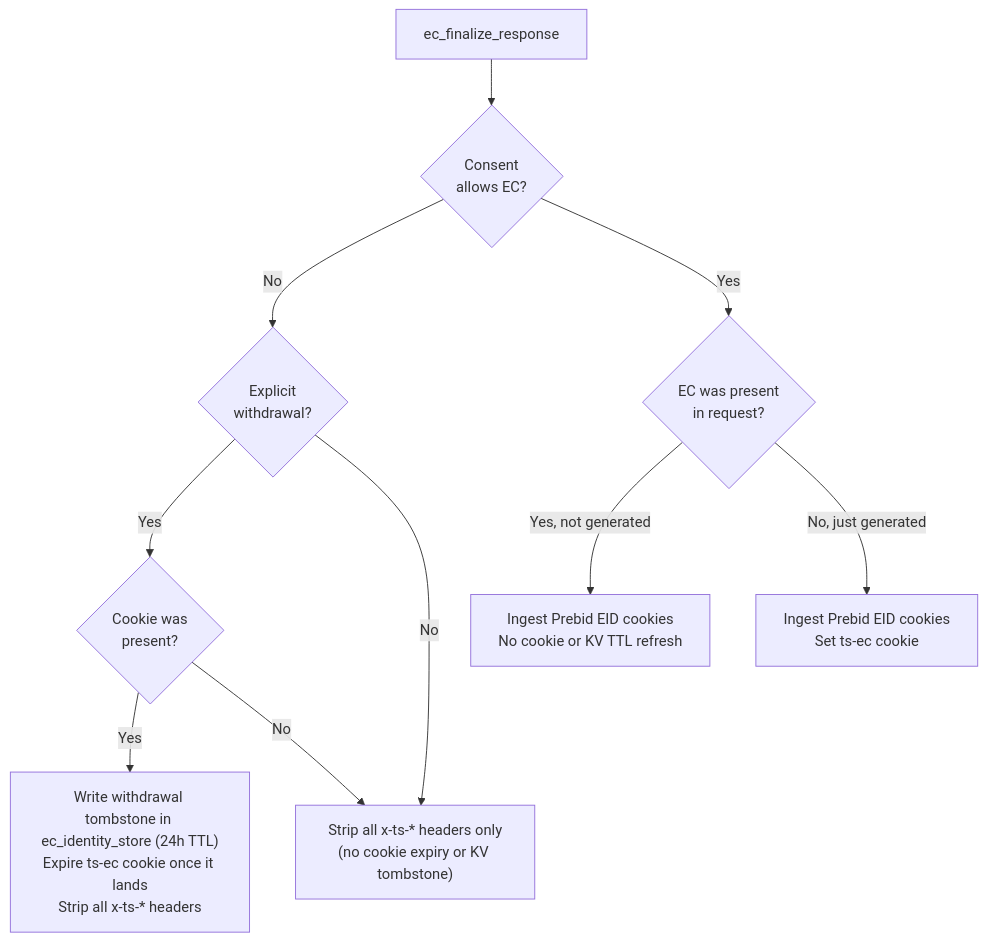
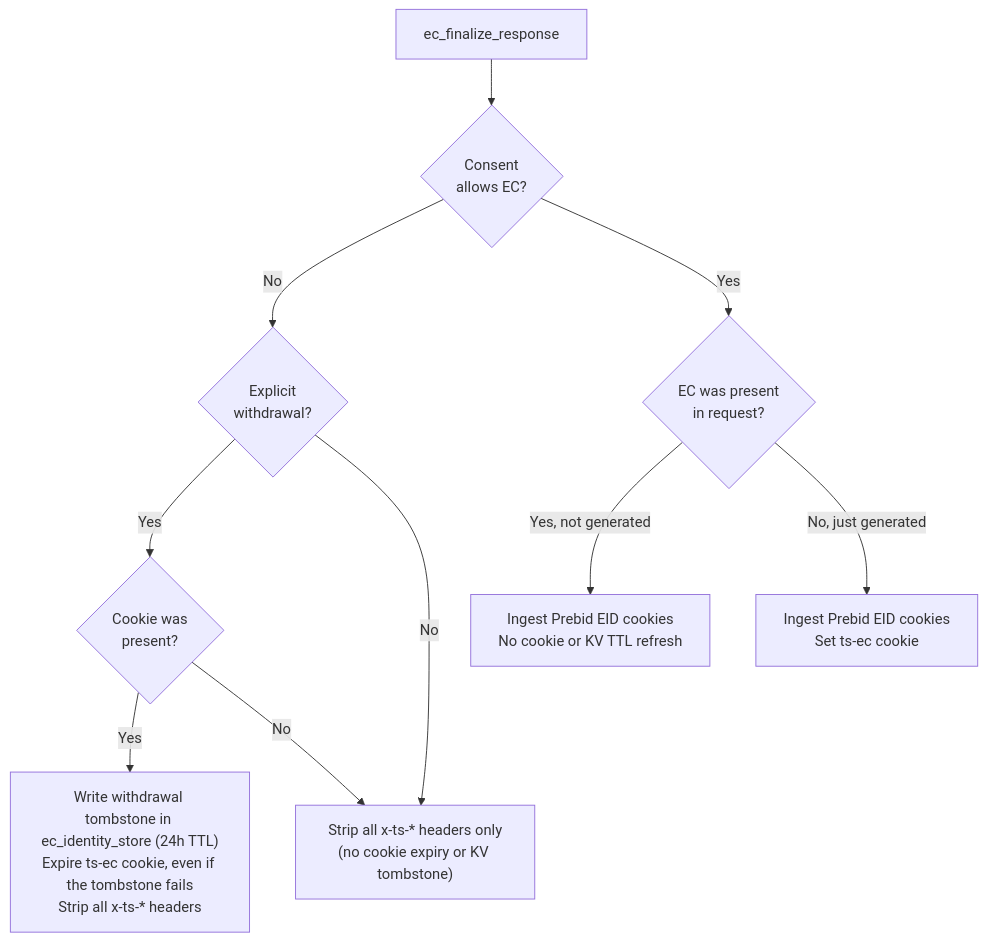
Before and after one commit to IABTechLab/trusted-server: the second of 6 diagrams in docs/guide/edge-cookies.md, drawn with Mermaid. The commit also changed other lines of this file, not shown here.

````diff
--- a/docs/guide/edge-cookies.md
+++ b/docs/guide/edge-cookies.md
@@ -75,14 +75,14 @@
 ```mermaid
 flowchart TD
     Start[ec_finalize_response] --> ConsentCheck{Consent<br/>allows EC?}
 
     ConsentCheck -- "No" --> ExplicitWithdrawal{Explicit<br/>withdrawal?}
     ExplicitWithdrawal -- "Yes" --> CookiePresent{Cookie was<br/>present?}
-    CookiePresent -- "Yes" --> Withdraw["Write withdrawal tombstone in ec_identity_store (24h TTL)<br/>Expire ts-ec cookie once it lands<br/>Strip all x-ts-* headers"]
+    CookiePresent -- "Yes" --> Withdraw["Write withdrawal tombstone in ec_identity_store (24h TTL)<br/>Expire ts-ec cookie, even if the tombstone fails<br/>Strip all x-ts-* headers"]
     CookiePresent -- "No" --> HeaderOnly["Strip all x-ts-* headers only<br/>(no cookie expiry or KV tombstone)"]
     ExplicitWithdrawal -- "No" --> HeaderOnly
 
     ConsentCheck -- "Yes" --> WasPresent{EC was present<br/>in request?}
     WasPresent -- "Yes, not generated" --> Returning["Ingest Prebid EID cookies<br/>No cookie or KV TTL refresh"]
     WasPresent -- "No, just generated" --> NewEc["Ingest Prebid EID cookies<br/>Set ts-ec cookie"]
 ```
````
